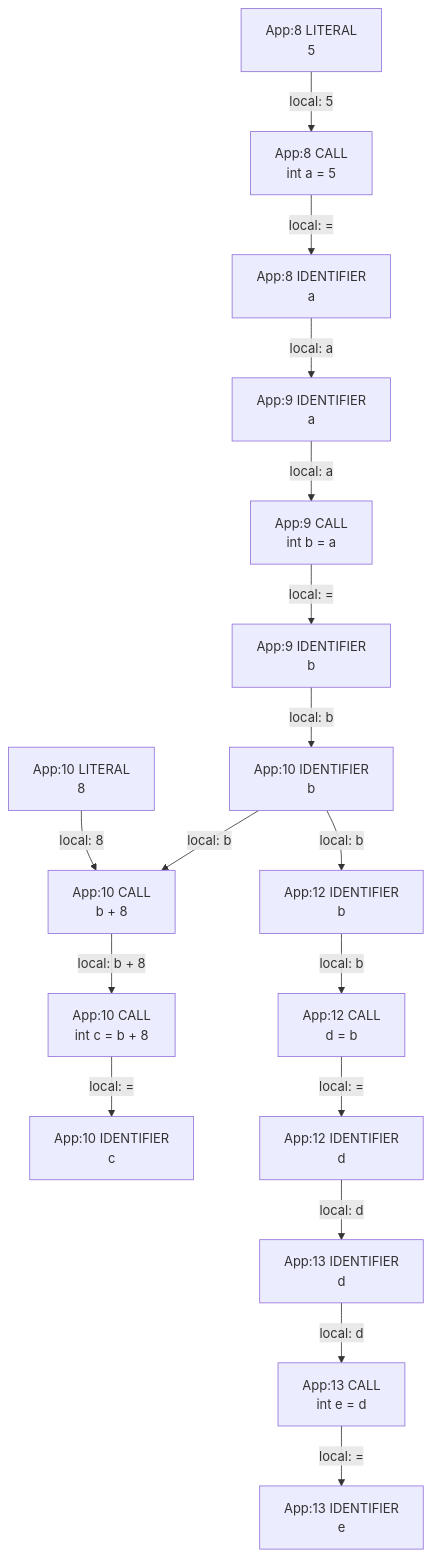
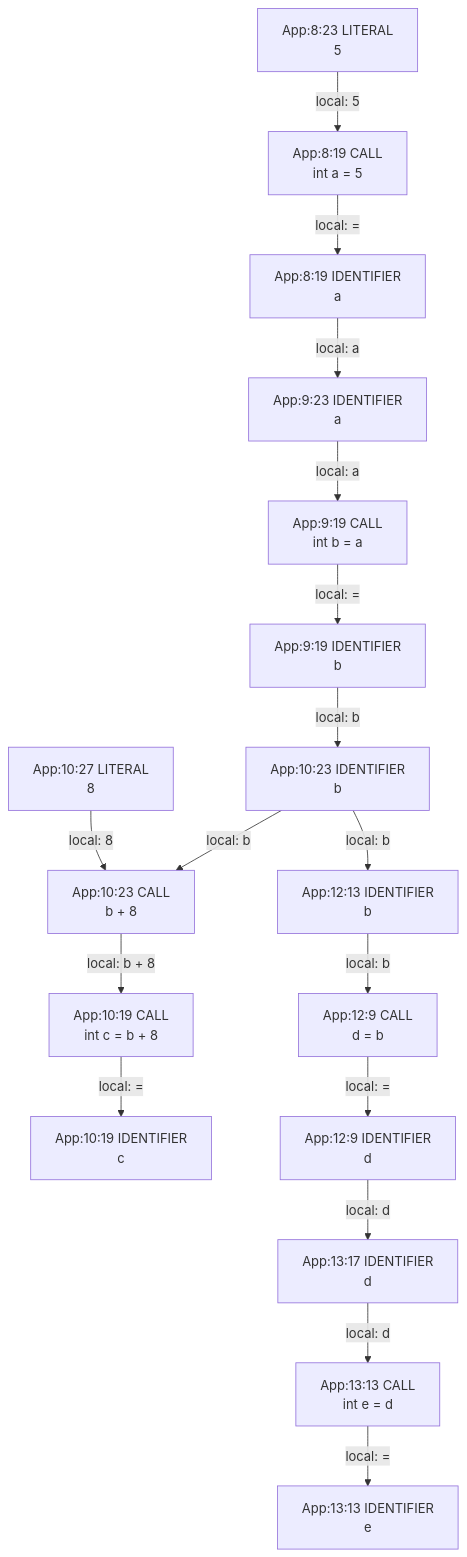
Before and after one commit to gstiebler/codeflow: the diagram in app/src/test/resources/base/spike-truth.md, drawn with Mermaid. The commit also changed 154 other files, not shown here.

````diff
--- a/app/src/test/resources/base/spike-truth.md
+++ b/app/src/test/resources/base/spike-truth.md
@@ -3,36 +3,36 @@
 ```mermaid
 flowchart TD
-  n0["App:10 CALL<br/>b + 8"]
-  n1["App:10 CALL<br/>int c = b + 8"]
-  n2["App:10 IDENTIFIER<br/>b"]
-  n3["App:10 IDENTIFIER<br/>c"]
-  n4["App:10 LITERAL<br/>8"]
-  n5["App:12 CALL<br/>d = b"]
-  n6["App:12 IDENTIFIER<br/>b"]
-  n7["App:12 IDENTIFIER<br/>d"]
-  n8["App:13 CALL<br/>int e = d"]
-  n9["App:13 IDENTIFIER<br/>d"]
-  n10["App:13 IDENTIFIER<br/>e"]
-  n11["App:8 CALL<br/>int a = 5"]
-  n12["App:8 IDENTIFIER<br/>a"]
-  n13["App:8 LITERAL<br/>5"]
-  n14["App:9 CALL<br/>int b = a"]
-  n15["App:9 IDENTIFIER<br/>a"]
-  n16["App:9 IDENTIFIER<br/>b"]
-  n0 -->|"local: b + 8"| n1
-  n1 -->|"local: ="| n3
+  n0["App:10:19 CALL<br/>int c = b + 8"]
+  n1["App:10:19 IDENTIFIER<br/>c"]
+  n2["App:10:23 CALL<br/>b + 8"]
+  n3["App:10:23 IDENTIFIER<br/>b"]
+  n4["App:10:27 LITERAL<br/>8"]
+  n5["App:12:13 IDENTIFIER<br/>b"]
+  n6["App:12:9 CALL<br/>d = b"]
+  n7["App:12:9 IDENTIFIER<br/>d"]
+  n8["App:13:13 CALL<br/>int e = d"]
+  n9["App:13:13 IDENTIFIER<br/>e"]
+  n10["App:13:17 IDENTIFIER<br/>d"]
+  n11["App:8:19 CALL<br/>int a = 5"]
+  n12["App:8:19 IDENTIFIER<br/>a"]
+  n13["App:8:23 LITERAL<br/>5"]
+  n14["App:9:19 CALL<br/>int b = a"]
+  n15["App:9:19 IDENTIFIER<br/>b"]
+  n16["App:9:23 IDENTIFIER<br/>a"]
+  n0 -->|"local: ="| n1
+  n10 -->|"local: d"| n8
   n11 -->|"local: ="| n12
-  n12 -->|"local: a"| n15
+  n12 -->|"local: a"| n16
   n13 -->|"local: 5"| n11
-  n14 -->|"local: ="| n16
-  n15 -->|"local: a"| n14
-  n16 -->|"local: b"| n2
-  n2 -->|"local: b"| n0
-  n2 -->|"local: b"| n6
-  n4 -->|"local: 8"| n0
-  n5 -->|"local: ="| n7
-  n6 -->|"local: b"| n5
-  n7 -->|"local: d"| n9
-  n8 -->|"local: ="| n10
-  n9 -->|"local: d"| n8
+  n14 -->|"local: ="| n15
+  n15 -->|"local: b"| n3
+  n16 -->|"local: a"| n14
+  n2 -->|"local: b + 8"| n0
+  n3 -->|"local: b"| n2
+  n3 -->|"local: b"| n5
+  n4 -->|"local: 8"| n2
+  n5 -->|"local: b"| n6
+  n6 -->|"local: ="| n7
+  n7 -->|"local: d"| n10
+  n8 -->|"local: ="| n9
 ```
````
